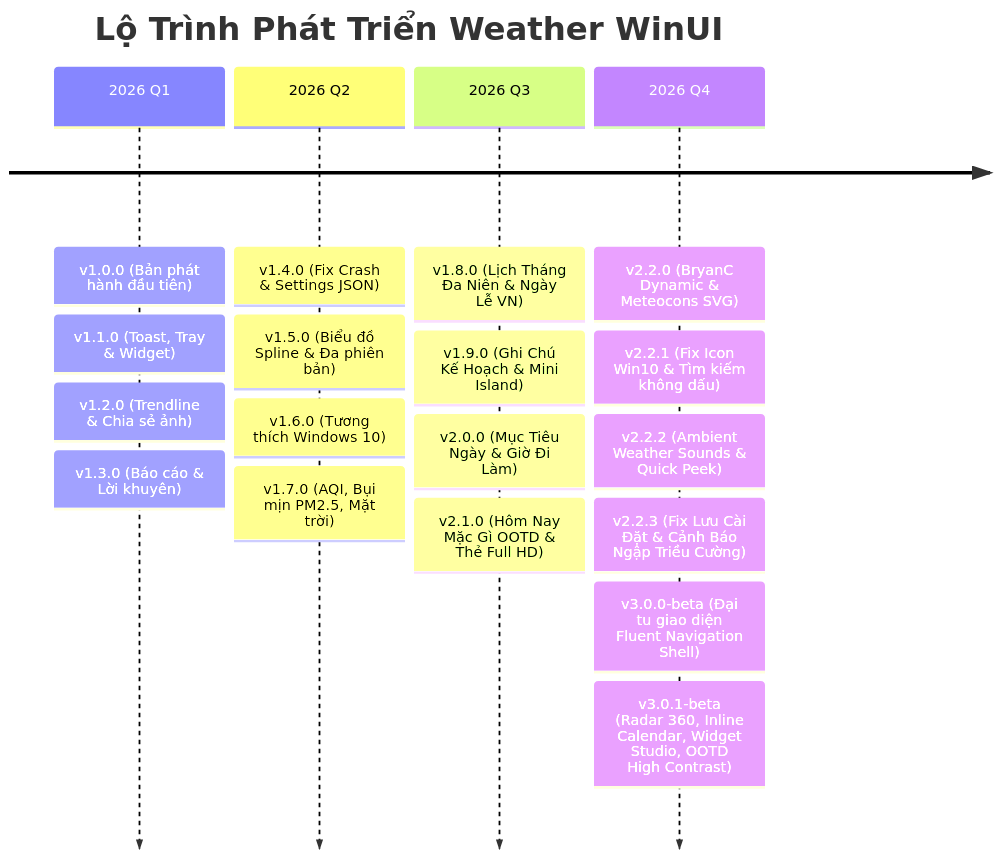
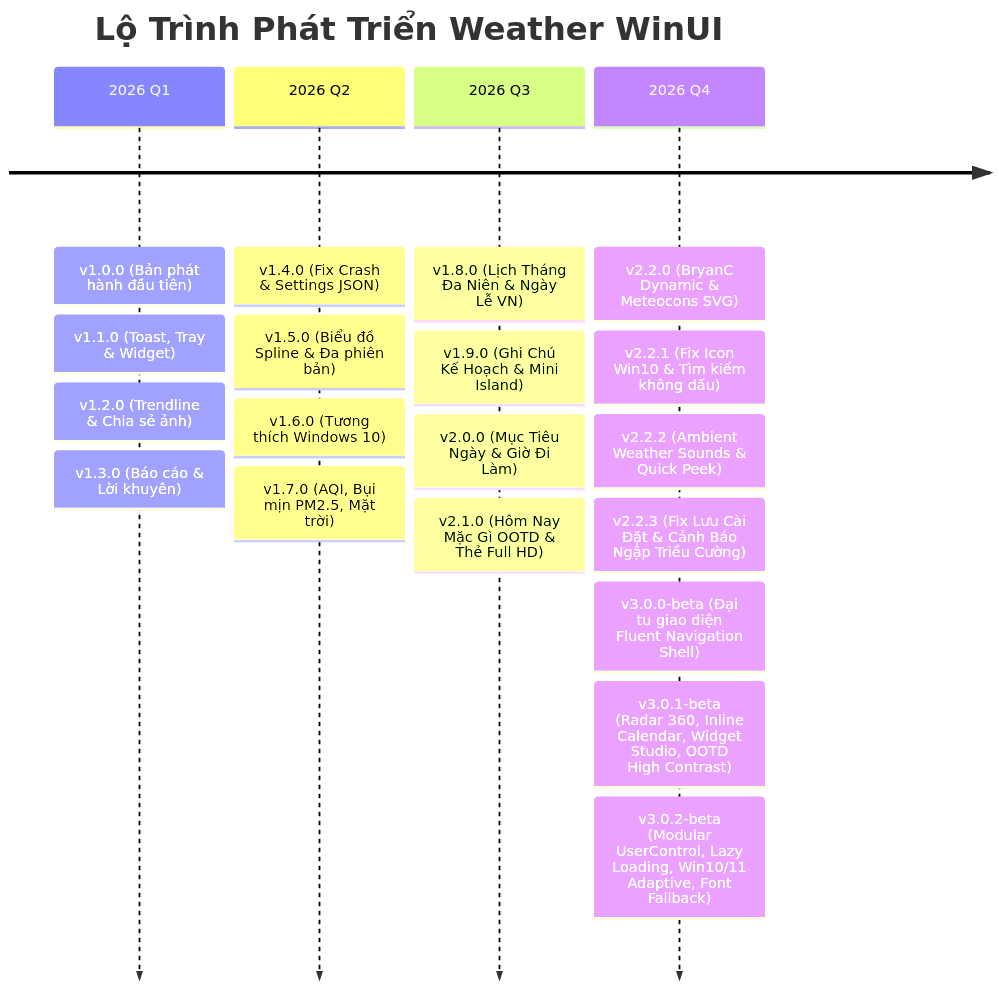
Before and after one commit to hellangel45236/Weather-WinUI: the second of 2 diagrams in readme/README.md, drawn with Mermaid. The commit also changed other lines of this file and 23 other files, not shown here.

Commit message:
feat(v3.0.2-beta): modularize 7 tabs with lazy loading, optimize Win10/11 backdrops, fix icon font fallback, package portable release

````diff
--- a/readme/README.md
+++ b/readme/README.md
@@ -219,22 +235,23 @@
 ```mermaid
 timeline
     title Lộ Trình Phát Triển Weather WinUI
     2026 Q1 : v1.0.0 (Bản phát hành đầu tiên)
             : v1.1.0 (Toast, Tray & Widget)
             : v1.2.0 (Trendline & Chia sẻ ảnh)
             : v1.3.0 (Báo cáo & Lời khuyên)
     2026 Q2 : v1.4.0 (Fix Crash & Settings JSON)
             : v1.5.0 (Biểu đồ Spline & Đa phiên bản)
             : v1.6.0 (Tương thích Windows 10)
             : v1.7.0 (AQI, Bụi mịn PM2.5, Mặt trời)
     2026 Q3 : v1.8.0 (Lịch Tháng Đa Niên & Ngày Lễ VN)
             : v1.9.0 (Ghi Chú Kế Hoạch & Mini Island)
             : v2.0.0 (Mục Tiêu Ngày & Giờ Đi Làm)
             : v2.1.0 (Hôm Nay Mặc Gì OOTD & Thẻ Full HD)
     2026 Q4 : v2.2.0 (BryanC Dynamic & Meteocons SVG)
             : v2.2.1 (Fix Icon Win10 & Tìm kiếm không dấu)
             : v2.2.2 (Ambient Weather Sounds & Quick Peek)
             : v2.2.3 (Fix Lưu Cài Đặt & Cảnh Báo Ngập Triều Cường)
             : v3.0.0-beta (Đại tu giao diện Fluent Navigation Shell)
             : v3.0.1-beta (Radar 360, Inline Calendar, Widget Studio, OOTD High Contrast)
+            : v3.0.2-beta (Modular UserControl, Lazy Loading, Win10/11 Adaptive, Font Fallback)
 ```
````
